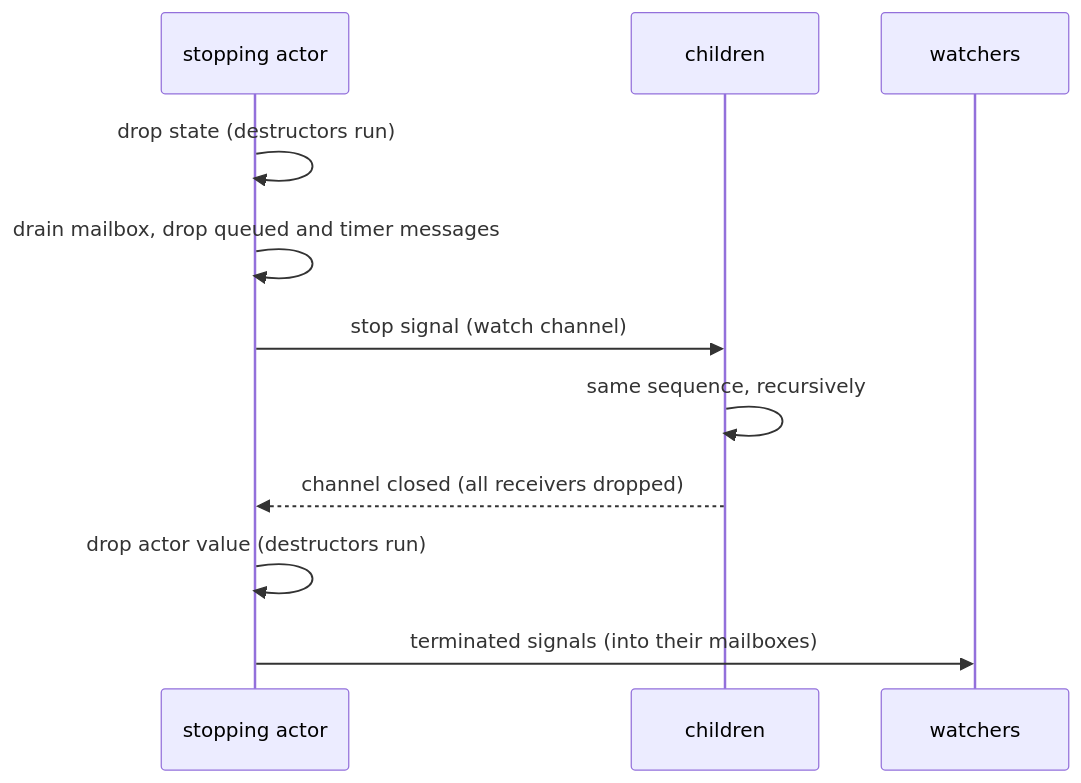
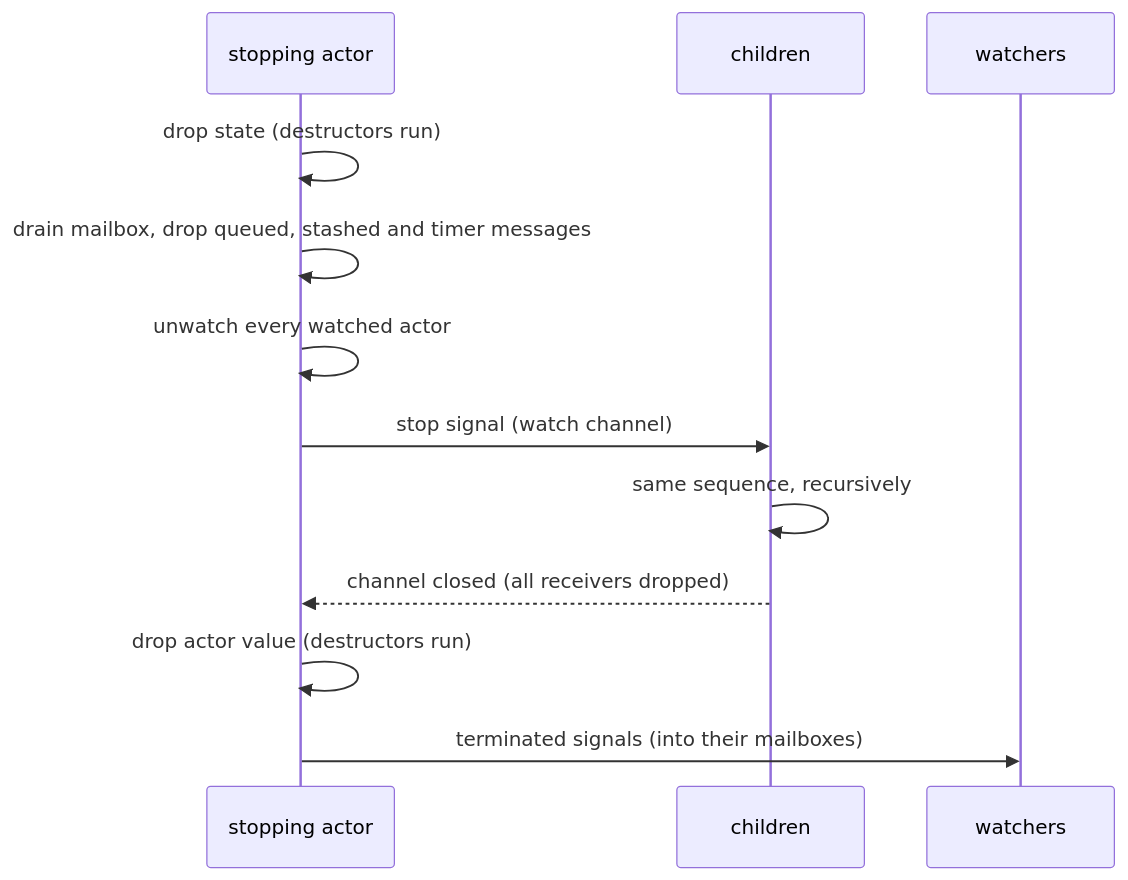
The diagram in docs/actors.md (tellus-rs/tellus), drawn with Mermaid before and after one commit. The commit also changed other lines of this file, not shown here.

````diff
--- a/docs/actors.md
+++ b/docs/actors.md
@@ -470,13 +473,14 @@
 ```mermaid
 sequenceDiagram
     participant A as stopping actor
     participant C as children
     participant W as watchers
     A->>A: drop state (destructors run)
-    A->>A: drain mailbox, drop queued and timer messages
+    A->>A: drain mailbox, drop queued, stashed and timer messages
+    A->>A: unwatch every watched actor
     A->>C: stop signal (watch channel)
     C->>C: same sequence, recursively
     C-->>A: channel closed (all receivers dropped)
     A->>A: drop actor value (destructors run)
     A->>W: terminated signals (into their mailboxes)
 ```
````
